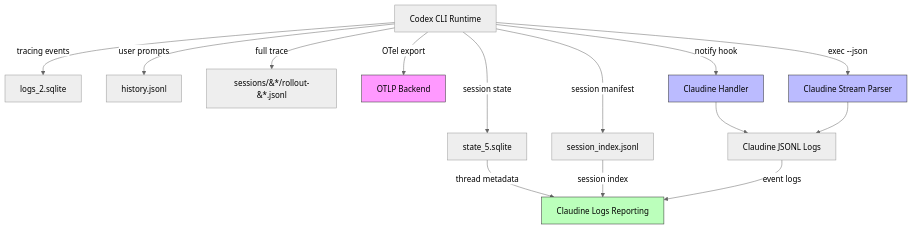
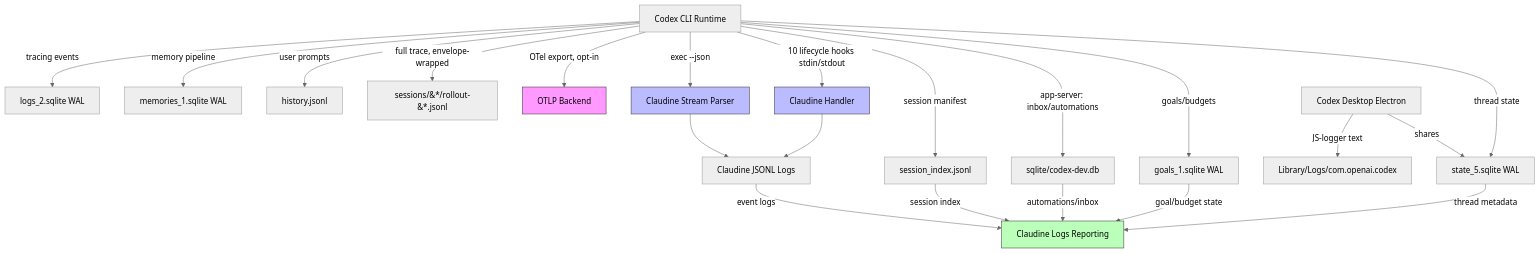
Before and after one commit to yankeeinlondon/rusty-biscuit: the diagram in claudine/docs/research/agent-logging/codex.md, drawn with Mermaid (neutral theme). The commit also changed other lines of this file and 11 other files, not shown here.

First line of the commit message:
docs(claudine): restructure agent-logging research with sidecar schema

````diff
--- a/claudine/docs/research/agent-logging/codex.md
+++ b/claudine/docs/research/agent-logging/codex.md
@@ -375,23 +755,30 @@
 ```mermaid
 graph TD
-    A[Codex CLI Runtime] -->|tracing events| B[logs_2.sqlite]
-    A -->|session state| C[state_5.sqlite]
+    A[Codex CLI Runtime] -->|tracing events| B[logs_2.sqlite WAL]
+    A -->|thread state| C[state_5.sqlite WAL]
+    A -->|goals/budgets| CG[goals_1.sqlite WAL]
+    A -->|memory pipeline| CM[memories_1.sqlite WAL]
+    A -->|app-server: inbox/automations| DEV[sqlite/codex-dev.db]
     A -->|user prompts| D[history.jsonl]
     A -->|session manifest| E[session_index.jsonl]
-    A -->|full trace| F[sessions/&#42;/rollout-&#42;.jsonl]
-    A -->|OTel export| G[OTLP Backend]
-    A -->|notify hook| H[Claudine Handler]
+    A -->|full trace, envelope-wrapped| F[sessions/&#42;/rollout-&#42;.jsonl]
+    A -->|OTel export, opt-in| G[OTLP Backend]
+    A -->|10 lifecycle hooks stdin/stdout| H[Claudine Handler]
     A -->|exec --json| I[Claudine Stream Parser]
+    APP[Codex Desktop Electron] -->|JS-logger text| DL[Library/Logs/com.openai.codex]
+    APP -->|shares| C
 
     H --> J[Claudine JSONL Logs]
     I --> J
 
     C -->|thread metadata| K[Claudine Logs Reporting]
+    CG -->|goal/budget state| K
+    DEV -->|automations/inbox| K
     E -->|session index| K
     J -->|event logs| K
 
     style G fill:#f9f,stroke:#333
     style H fill:#bbf,stroke:#333
     style I fill:#bbf,stroke:#333
     style K fill:#bfb,stroke:#333
 ```
````
